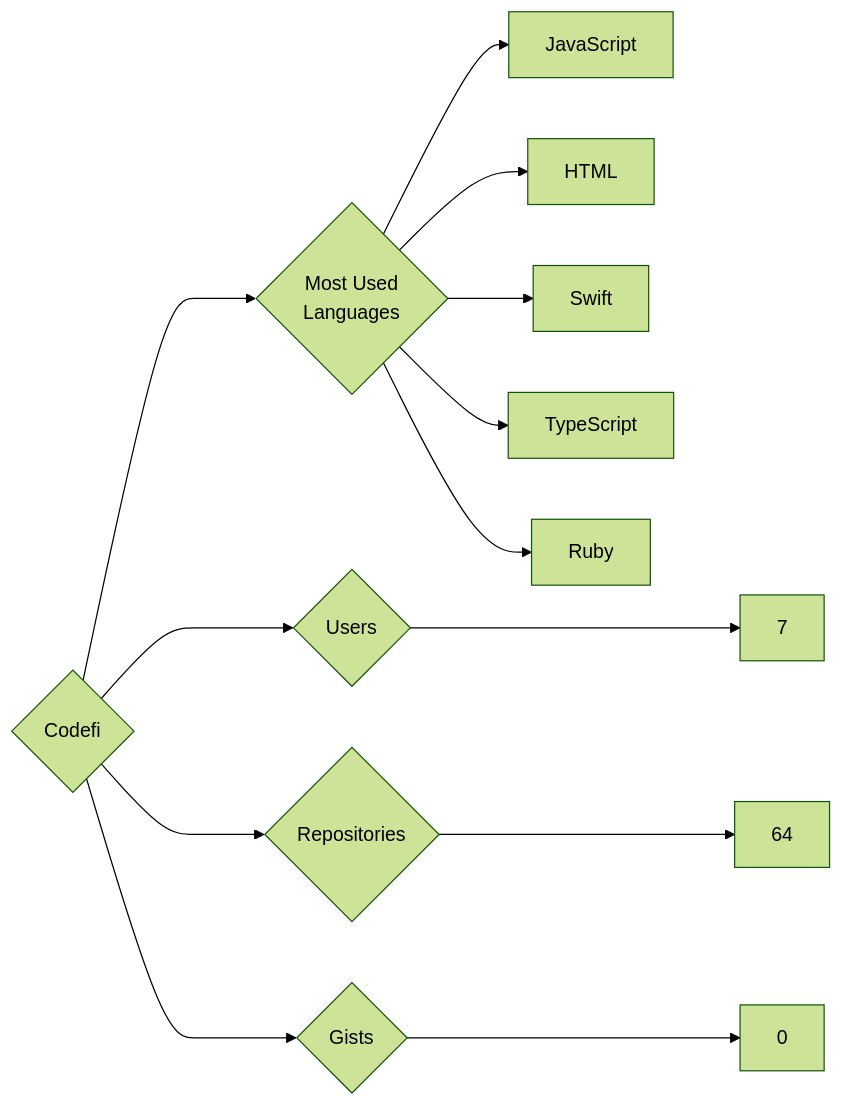
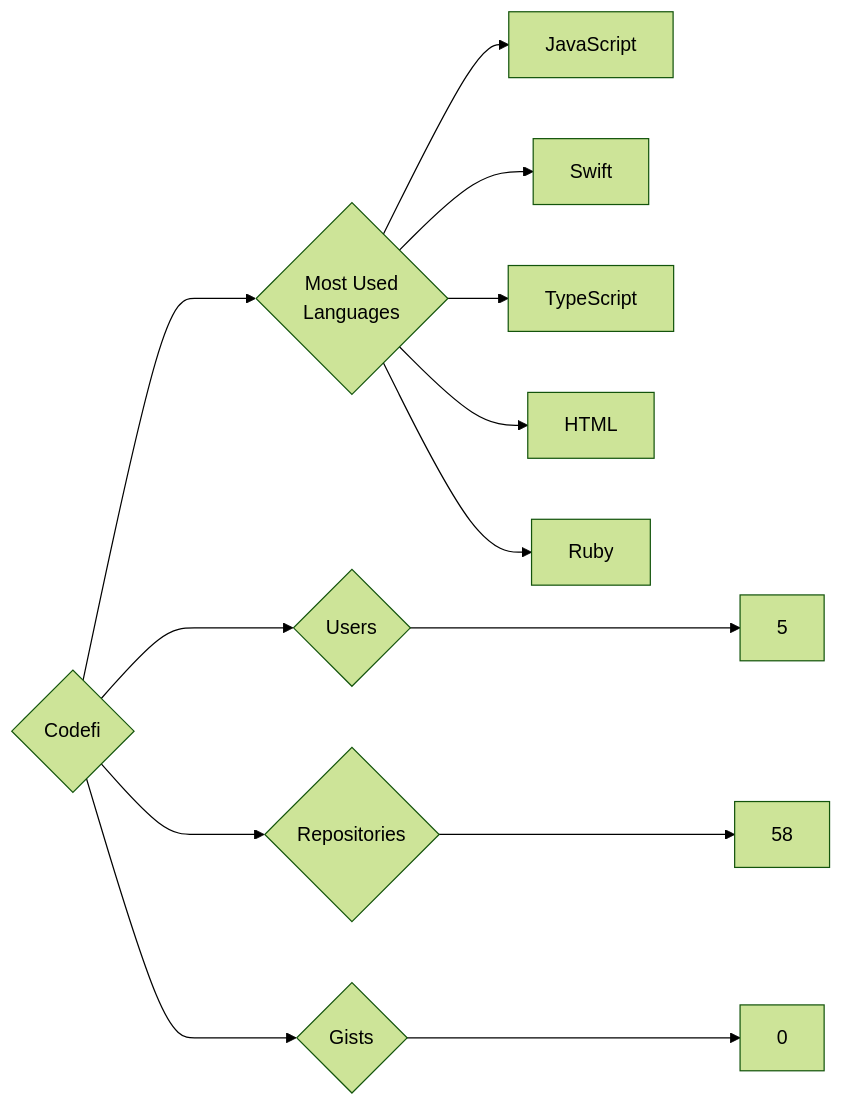
One commit to trickest/insiders changed the diagram in targets/Codefi/README.md. Above: the diagram before and after it, drawn with Mermaid (forest theme). The commit also changed 914 other files, not shown here.

````diff
--- a/targets/Codefi/README.md
+++ b/targets/Codefi/README.md
@@ -3,13 +3,13 @@
 ```mermaid
 graph LR
 COMPANY_NAME{Codefi}
-COMPANY_NAME ---> U{Users} ---> UN[7]
-COMPANY_NAME ---> R{Repositories} ---> RN[64]
+COMPANY_NAME ---> U{Users} ---> UN[5]
+COMPANY_NAME ---> R{Repositories} ---> RN[58]
 COMPANY_NAME ---> G{Gists} ---> GN[0]
 COMPANY_NAME ---> ML{Most Used<br>Languages}
 ML --> JavaScript[JavaScript]
-ML --> HTML[HTML]
 ML --> Swift[Swift]
 ML --> TypeScript[TypeScript]
+ML --> HTML[HTML]
 ML --> Ruby[Ruby]
 ```
````
